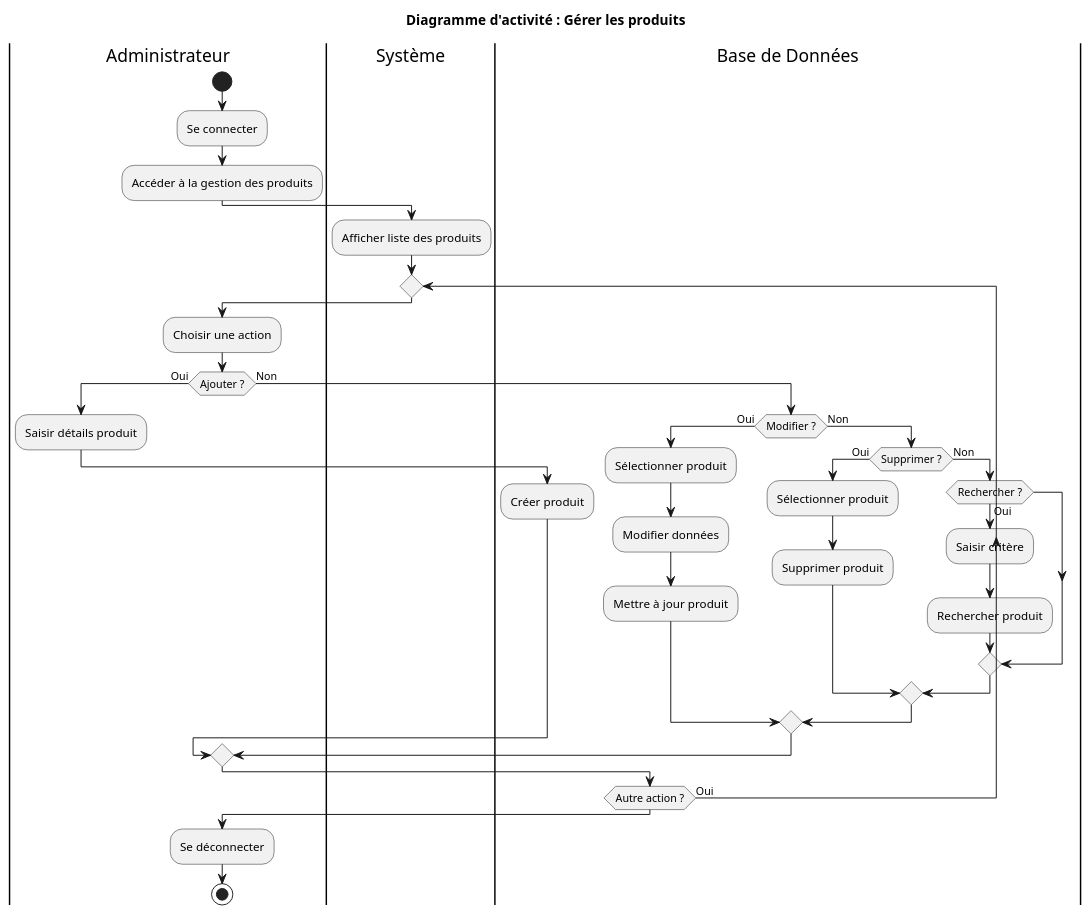
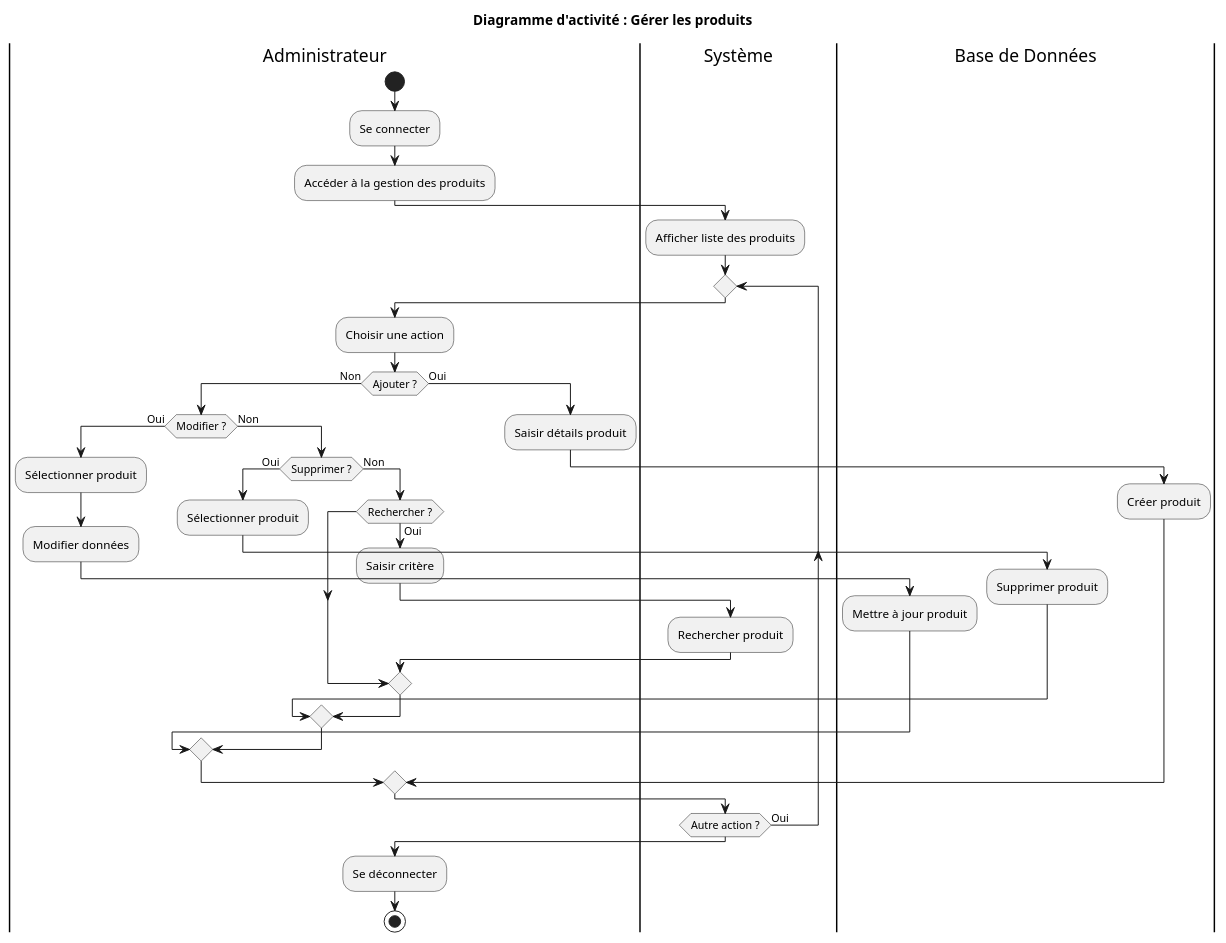
Before and after one commit to SkatDoesArt/ScentMeIFYouCan: the diagram in R303-Analyse/DA_swimlanes/DA_gerer_pdt.puml, drawn with PlantUML.

```diff
--- a/R303-Analyse/DA_swimlanes/DA_gerer_pdt.puml
+++ b/R303-Analyse/DA_swimlanes/DA_gerer_pdt.puml
@@ -1,47 +1,51 @@
 @startuml
 title Diagramme d'activité : Gérer les produits
 
 |Administrateur|
 start
 :Se connecter;
 :Accéder à la gestion des produits;
 
 |Système|
 :Afficher liste des produits;
 
 repeat
     |Administrateur|
     :Choisir une action;
 
-    if (Ajouter ?) then (Oui)
-        :Saisir détails produit;
-        |Base de Données|
-        :Créer produit;
-    else (Non)
+    if (Ajouter ?) then (Non)
         if (Modifier ?) then (Oui)
             :Sélectionner produit;
             :Modifier données;
             |Base de Données|
             :Mettre à jour produit;
         else (Non)
+            |Administrateur|
             if (Supprimer ?) then (Oui)
                 :Sélectionner produit;
                 |Base de Données|
                 :Supprimer produit;
             else (Non)
+                |Administrateur|
                 if (Rechercher ?) then (Oui)
                     :Saisir critère;
-                    |Base de Données|
+                    |Système|
                     :Rechercher produit;
                 endif
             endif
         endif
+        
+    else (Oui)
+        |Administrateur|
+        :Saisir détails produit;
+        |Base de Données|
+        :Créer produit;
     endif
-
+|Système|
 repeat while (Autre action ?) is (Oui)
 
 |Administrateur|
 :Se déconnecter;
 stop
 
 @enduml
```
